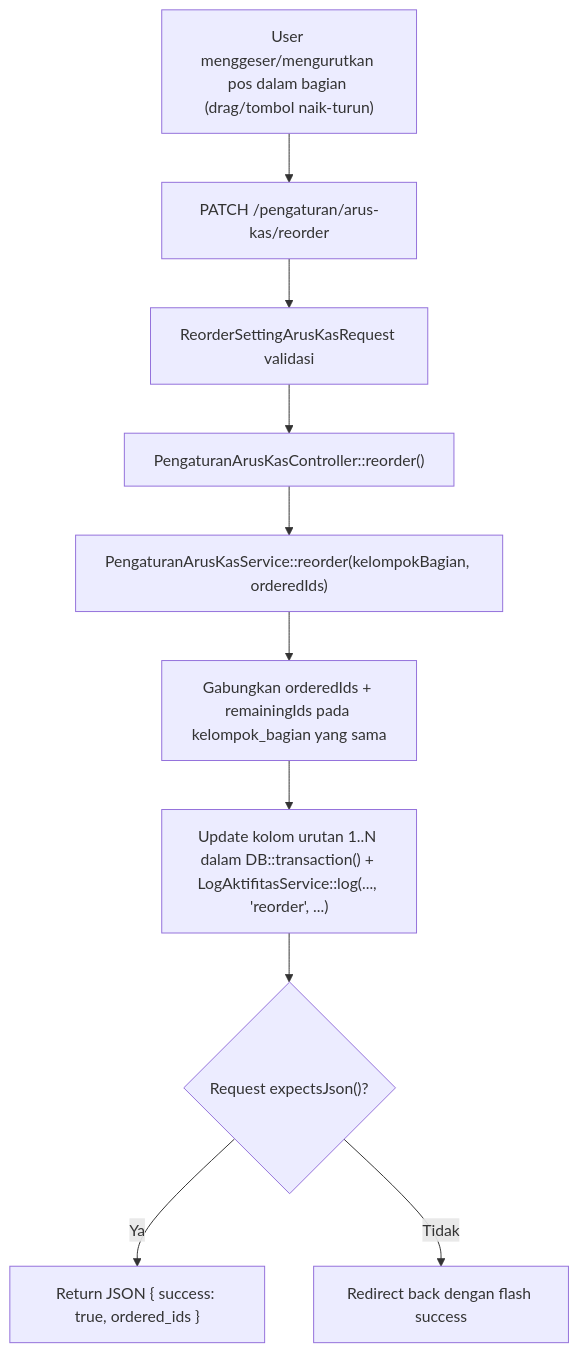
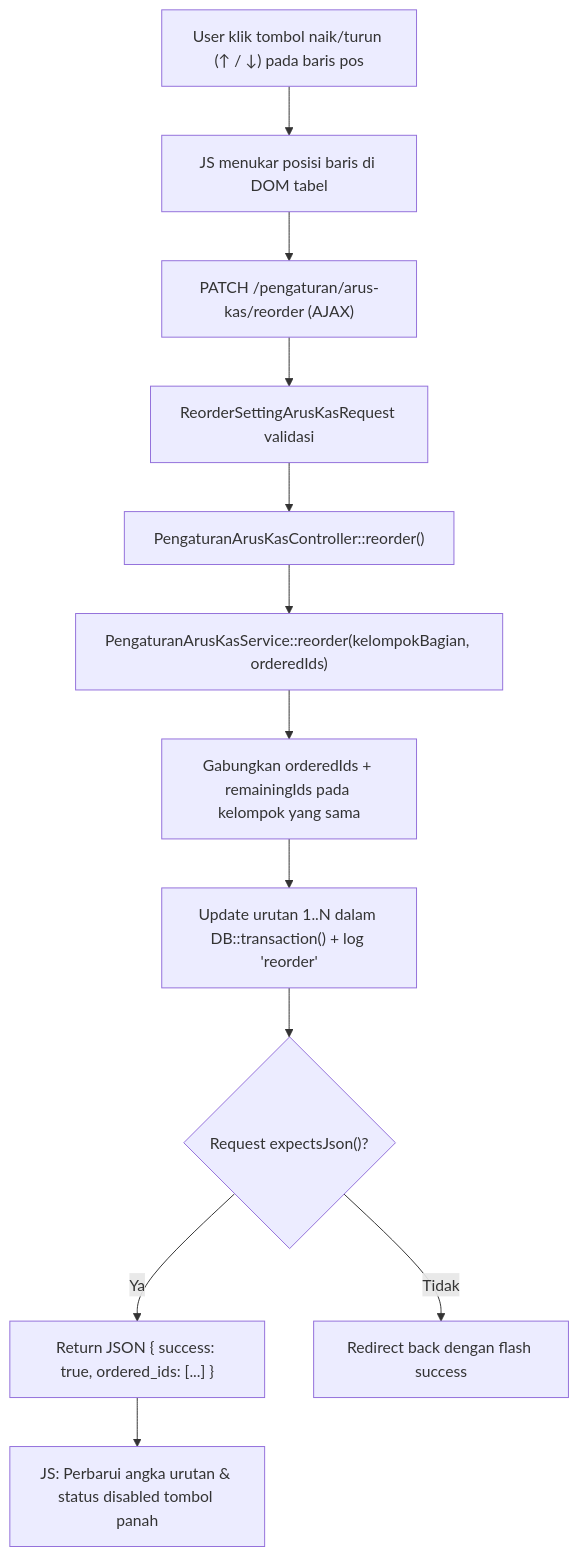
The fifth of 6 diagrams in dokumentasi/pengaturan-arus-kas.md (AltamaSidoarjo/laravel-siakurat-pt-smt), drawn with Mermaid before and after one commit. The commit also changed other lines of this file and 1 other file, not shown here.

Commit message:
docs(arus-kas): update documentation for pengaturan arus kas and referensi kelompok arus kas

````diff
--- a/dokumentasi/pengaturan-arus-kas.md
+++ b/dokumentasi/pengaturan-arus-kas.md
@@ -272,12 +335,14 @@
 ```mermaid
 flowchart TD
-    A["User menggeser/mengurutkan pos dalam bagian (drag/tombol naik-turun)"] --> B["PATCH /pengaturan/arus-kas/reorder"]
-    B --> C["ReorderSettingArusKasRequest validasi"]
-    C --> D["PengaturanArusKasController::reorder()"]
-    D --> E["PengaturanArusKasService::reorder(kelompokBagian, orderedIds)"]
-    E --> F["Gabungkan orderedIds + remainingIds pada kelompok_bagian yang sama"]
-    F --> G["Update kolom urutan 1..N dalam DB::transaction() + LogAktifitasService::log(..., 'reorder', ...)"]
-    G --> H{"Request expectsJson()?"}
-    H -- Ya --> I["Return JSON { success: true, ordered_ids }"]
-    H -- Tidak --> J["Redirect back dengan flash success"]
+    A["User klik tombol naik/turun (↑ / ↓) pada baris pos"] --> B["JS menukar posisi baris di DOM tabel"]
+    B --> C["PATCH /pengaturan/arus-kas/reorder (AJAX)"]
+    C --> D["ReorderSettingArusKasRequest validasi"]
+    D --> E["PengaturanArusKasController::reorder()"]
+    E --> F["PengaturanArusKasService::reorder(kelompokBagian, orderedIds)"]
+    F --> G["Gabungkan orderedIds + remainingIds pada kelompok yang sama"]
+    G --> H["Update urutan 1..N dalam DB::transaction() + log 'reorder'"]
+    H --> I{"Request expectsJson()?"}
+    I -- Ya --> J["Return JSON { success: true, ordered_ids: [...] }"]
+    I -- Tidak --> K["Redirect back dengan flash success"]
+    J --> L["JS: Perbarui angka urutan & status disabled tombol panah"]
 ```
````
